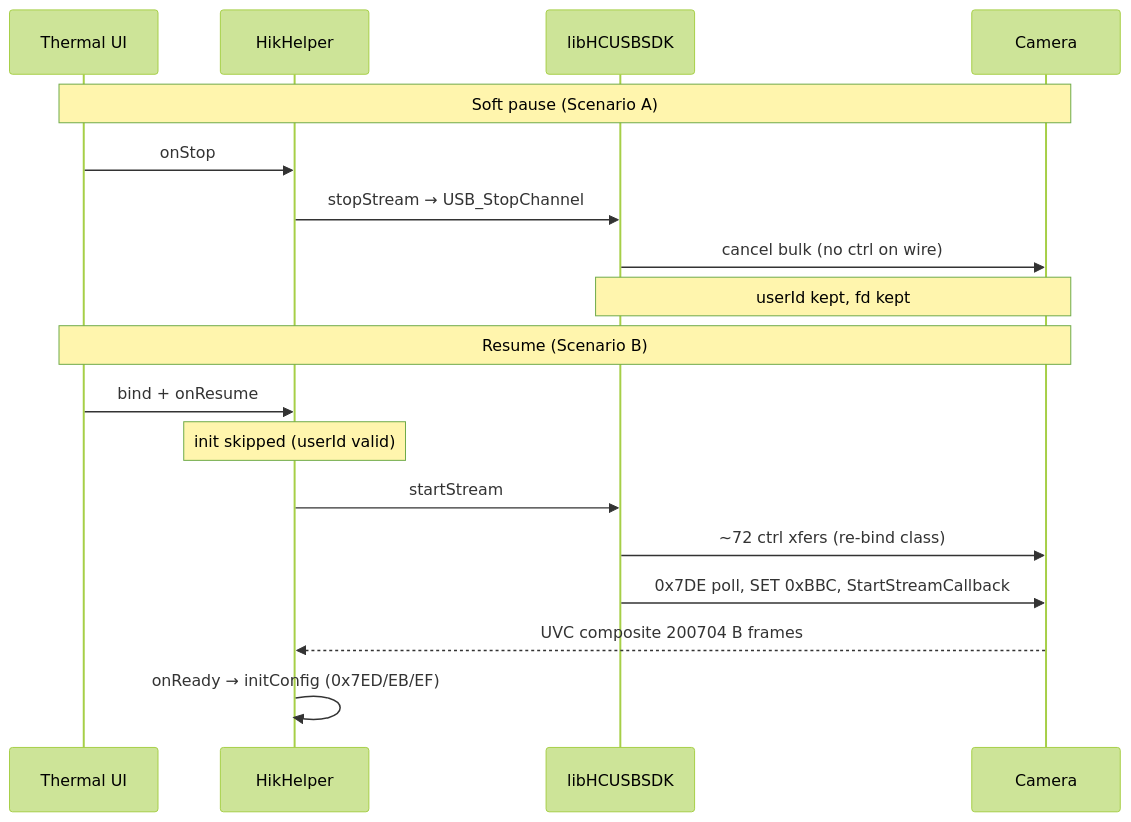
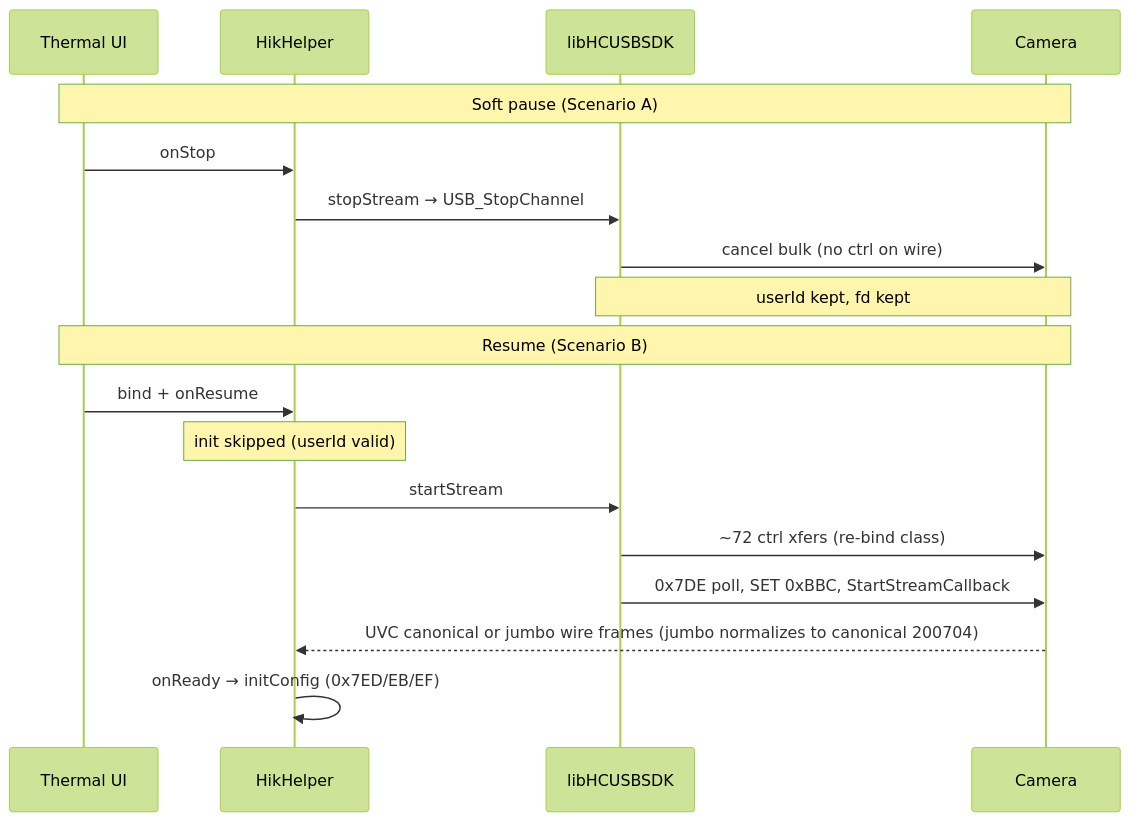
Before and after one commit to 3ricj/IRPanoView: the diagram in MasterThermoDocs/16_Pause_Resume_And_Lifecycle.md, drawn with Mermaid (forest theme). The commit also changed other lines of this file and 9 other files, not shown here.

````diff
--- a/MasterThermoDocs/16_Pause_Resume_And_Lifecycle.md
+++ b/MasterThermoDocs/16_Pause_Resume_And_Lifecycle.md
@@ -125,22 +125,22 @@
 ```mermaid
 sequenceDiagram
   participant UI as Thermal UI
   participant Hik as HikHelper
   participant SDK as libHCUSBSDK
   participant Dev as Camera
 
   Note over UI,Dev: Soft pause (Scenario A)
   UI->>Hik: onStop
   Hik->>SDK: stopStream → USB_StopChannel
   SDK->>Dev: cancel bulk (no ctrl on wire)
   Note over SDK,Dev: userId kept, fd kept
 
   Note over UI,Dev: Resume (Scenario B)
   UI->>Hik: bind + onResume
   Note over Hik: init skipped (userId valid)
   Hik->>SDK: startStream
   SDK->>Dev: ~72 ctrl xfers (re-bind class)
   SDK->>Dev: 0x7DE poll, SET 0xBBC, StartStreamCallback
-  Dev-->>Hik: UVC composite 200704 B frames
+  Dev-->>Hik: UVC canonical or jumbo wire frames (jumbo normalizes to canonical 200704)
   Hik->>Hik: onReady → initConfig (0x7ED/EB/EF)
 ```
````
